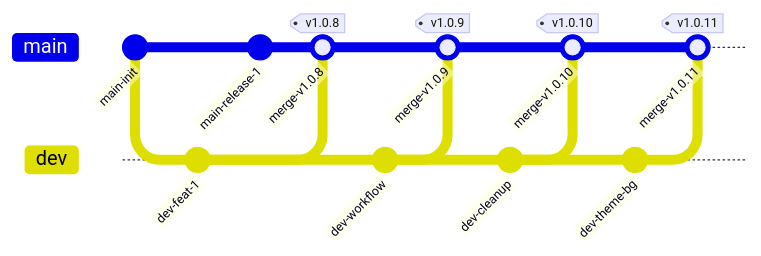
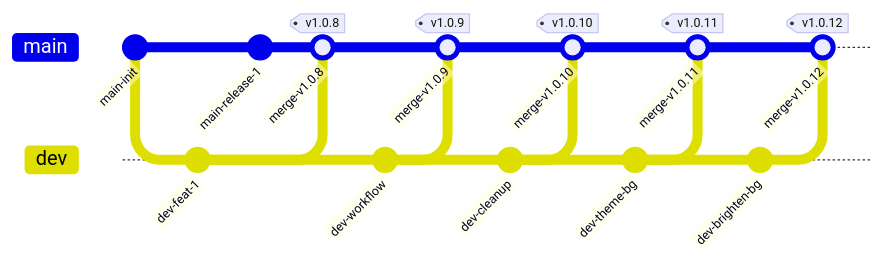
Before and after one commit to 6jbw6/Gomoku: the first of 2 diagrams in OPERATIONS.md, drawn with Mermaid. The commit also changed other lines of this file and 2 other files, not shown here.

````diff
--- a/OPERATIONS.md
+++ b/OPERATIONS.md
@@ -252,22 +274,26 @@
 ```mermaid
 gitGraph
     commit id: "main-init"
     branch dev
     checkout dev
     commit id: "dev-feat-1"
     checkout main
     commit id: "main-release-1"
     merge dev id: "merge-v1.0.8" tag: "v1.0.8"
     checkout dev
     commit id: "dev-workflow"
     checkout main
     merge dev id: "merge-v1.0.9" tag: "v1.0.9"
     checkout dev
     commit id: "dev-cleanup"
     checkout main
     merge dev id: "merge-v1.0.10" tag: "v1.0.10"
     checkout dev
     commit id: "dev-theme-bg"
     checkout main
     merge dev id: "merge-v1.0.11" tag: "v1.0.11"
+    checkout dev
+    commit id: "dev-brighten-bg"
+    checkout main
+    merge dev id: "merge-v1.0.12" tag: "v1.0.12"
 ```
````
